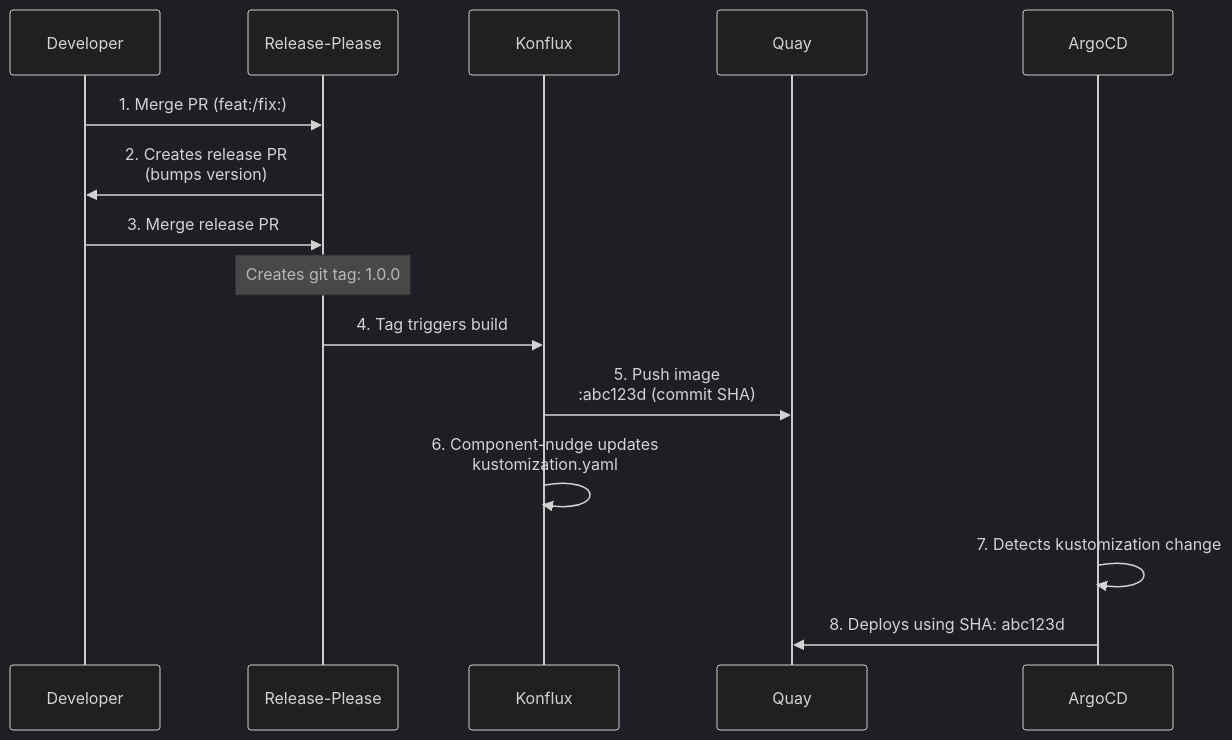
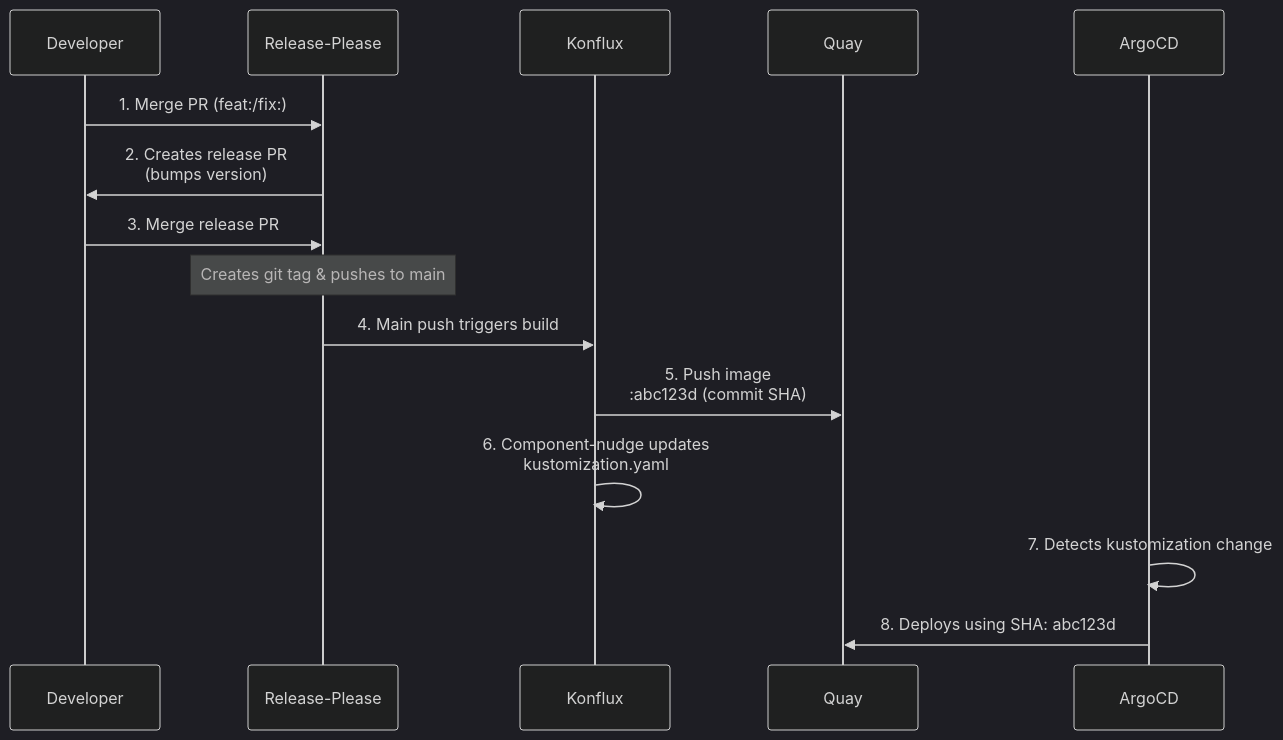
Before and after one commit to openshift-hyperfleet/kartograph: the diagram in deploy/README.md, drawn with Mermaid (dark theme). The commit also changed other lines of this file and 2 other files, not shown here.

First paragraph of the commit message:
fix(ci): always build on main (#128)
* feat(infrastructure): add SQLAlchemy async database foundation with Alembic

````diff
--- a/deploy/README.md
+++ b/deploy/README.md
@@ -5,18 +5,18 @@
 ```mermaid
 sequenceDiagram
     participant Dev as Developer
     participant RP as Release-Please
     participant K as Konflux
     participant Q as Quay
     participant A as ArgoCD
 
     Dev->>RP: 1. Merge PR (feat:/fix:)
     RP->>Dev: 2. Creates release PR<br/>(bumps version)
     Dev->>RP: 3. Merge release PR
-    Note over RP: Creates git tag: 1.0.0
-    RP->>K: 4. Tag triggers build
+    Note over RP: Creates git tag & pushes to main
+    RP->>K: 4. Main push triggers build
     K->>Q: 5. Push image<br/>:abc123d (commit SHA)
     K->>K: 6. Component-nudge updates<br/>kustomization.yaml
     A->>A: 7. Detects kustomization change
     A->>Q: 8. Deploys using SHA: abc123d
 ```
````
